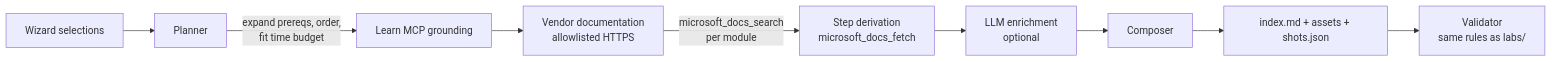
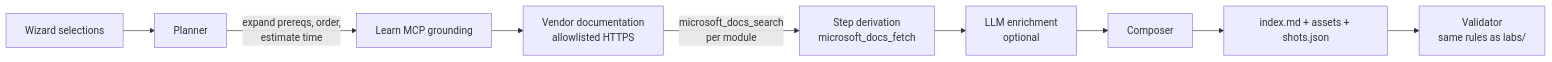
Before and after one commit to russrimm/CopilotStudioLabs: the diagram in docs/lab-builder.md, drawn with Mermaid. The commit also changed other lines of this file and 11 other files, not shown here.

````diff
--- a/docs/lab-builder.md
+++ b/docs/lab-builder.md
@@ -171,11 +174,11 @@
 ```mermaid
 flowchart LR
   A[Wizard selections] --> B[Planner]
-  B -->|expand prereqs, order,<br/>fit time budget| C[Learn MCP grounding]
+  B -->|expand prereqs, order,<br/>estimate time| C[Learn MCP grounding]
   C --> V[Vendor documentation<br/>allowlisted HTTPS]
   V -->|microsoft_docs_search<br/>per module| S[Step derivation<br/>microsoft_docs_fetch]
   S --> D[LLM enrichment<br/>optional]
   D --> E[Composer]
   E --> F[index.md + assets + shots.json]
   F --> G[Validator<br/>same rules as labs/]
 ```
````
